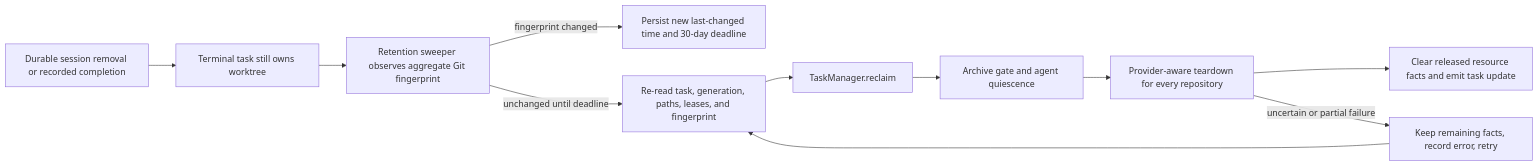
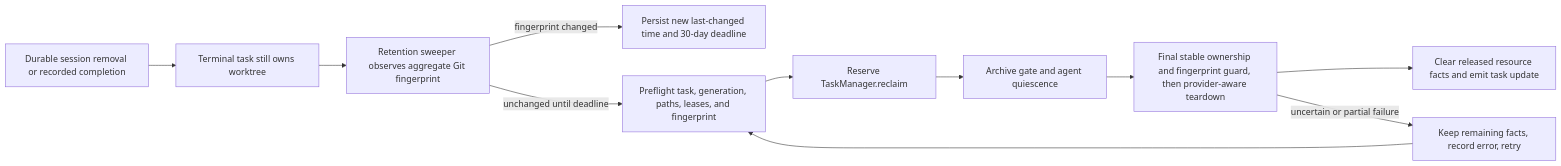
Before and after one commit to teamupstart/mission-control: the diagram in docs/plans/automatic-stale-worktree-cleanup/plan.md, drawn with Mermaid. The commit also changed other lines of this file and 5 other files, not shown here.

Commit message:
docs(plans): guard reclaim before quiescence

````diff
--- a/docs/plans/automatic-stale-worktree-cleanup/plan.md
+++ b/docs/plans/automatic-stale-worktree-cleanup/plan.md
@@ -126,13 +130,13 @@
 ```mermaid
 flowchart LR
   A[Durable session removal or recorded completion] --> B[Terminal task still owns worktree]
   B --> C[Retention sweeper observes aggregate Git fingerprint]
   C -->|fingerprint changed| D[Persist new last-changed time and 30-day deadline]
-  C -->|unchanged until deadline| E[Re-read task, generation, paths, leases, and fingerprint]
-  E --> F[TaskManager.reclaim]
+  C -->|unchanged until deadline| E[Preflight task, generation, paths, leases, and fingerprint]
+  E --> F[Reserve TaskManager.reclaim]
   F --> G[Archive gate and agent quiescence]
-  G --> H[Provider-aware teardown for every repository]
+  G --> H[Final stable ownership and fingerprint guard, then provider-aware teardown]
   H --> I[Clear released resource facts and emit task update]
   H -->|uncertain or partial failure| J[Keep remaining facts, record error, retry]
   J --> E
 ```
````
